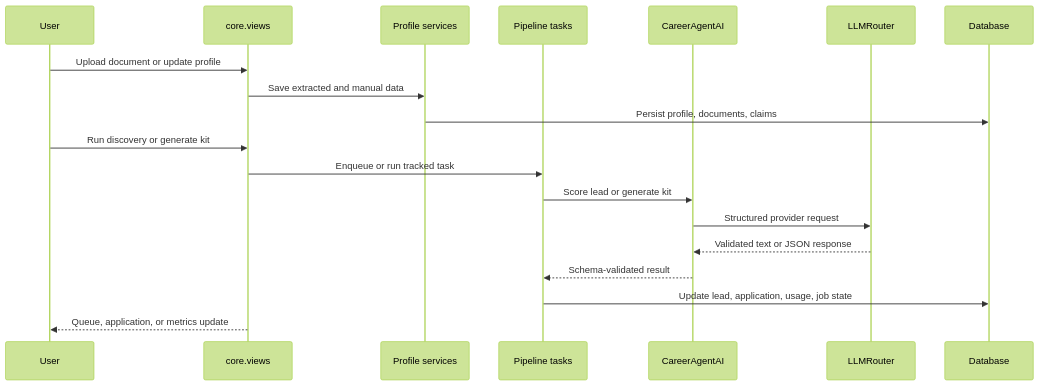
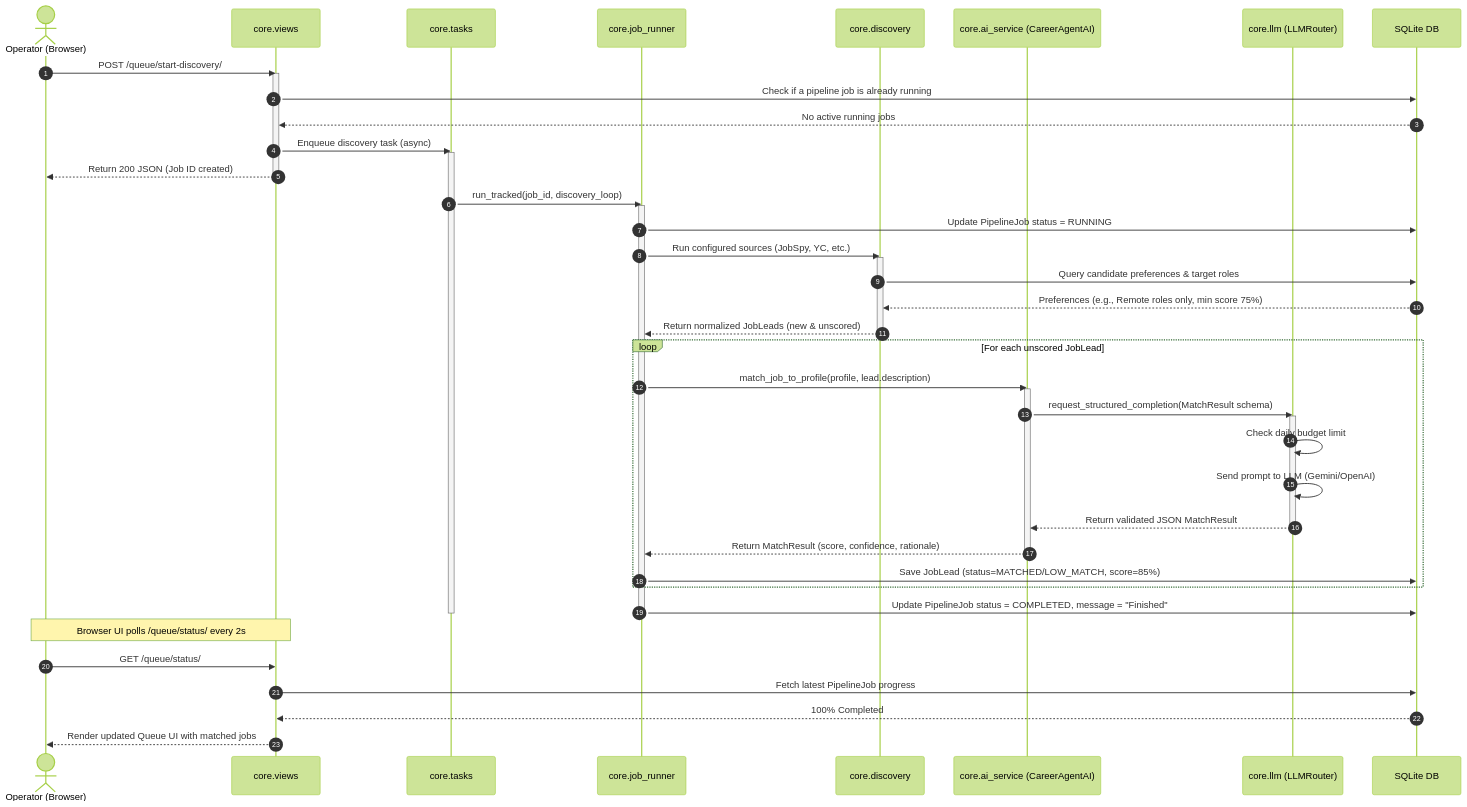
One commit to ArPaN-DS/JobScout-AI changed the second of 2 diagrams in docs/ARCHITECTURE.md. Above: the diagram before and after it, drawn with Mermaid (forest theme). The commit also changed other lines of this file, not shown here.

Commit message:
docs: rewrite system architecture guide with comprehensive diagrams

````diff
--- a/docs/ARCHITECTURE.md
+++ b/docs/ARCHITECTURE.md
@@ -72,22 +189,57 @@
 ```mermaid
 sequenceDiagram
-    participant User
+    autonumber
+    actor User as Operator (Browser)
     participant Views as core.views
-    participant Profile as Profile services
-    participant Tasks as Pipeline tasks
-    participant AI as CareerAgentAI
-    participant LLM as LLMRouter
-    participant DB as Database
+    participant Tasks as core.tasks
+    participant Runner as core.job_runner
+    participant Discovery as core.discovery
+    participant AI as core.ai_service (CareerAgentAI)
+    participant Router as core.llm (LLMRouter)
+    participant DB as SQLite DB
 
-    User->>Views: Upload document or update profile
-    Views->>Profile: Save extracted and manual data
-    Profile->>DB: Persist profile, documents, claims
-    User->>Views: Run discovery or generate kit
-    Views->>Tasks: Enqueue or run tracked task
-    Tasks->>AI: Score lead or generate kit
-    AI->>LLM: Structured provider request
-    LLM-->>AI: Validated text or JSON response
-    AI-->>Tasks: Schema-validated result
-    Tasks->>DB: Update lead, application, usage, job state
-    Views-->>User: Queue, application, or metrics update
+    User->>Views: POST /queue/start-discovery/
+    activate Views
+    Views->>DB: Check if a pipeline job is already running
+    DB-->>Views: No active running jobs
+    Views->>Tasks: Enqueue discovery task (async)
+    activate Tasks
+    Views-->>User: Return 200 JSON (Job ID created)
+    deactivate Views
+
+    Tasks->>Runner: run_tracked(job_id, discovery_loop)
+    activate Runner
+    Runner->>DB: Update PipelineJob status = RUNNING
+    
+    Runner->>Discovery: Run configured sources (JobSpy, YC, etc.)
+    activate Discovery
+    Discovery->>DB: Query candidate preferences & target roles
+    DB-->>Discovery: Preferences (e.g., Remote roles only, min score 75%)
+    Discovery-->>Runner: Return normalized JobLeads (new & unscored)
+    deactivate Discovery
+
+    loop For each unscored JobLead
+        Runner->>AI: match_job_to_profile(profile, lead.description)
+        activate AI
+        AI->>Router: request_structured_completion(MatchResult schema)
+        activate Router
+        Router->>Router: Check daily budget limit
+        Router->>Router: Send prompt to LLM (Gemini/OpenAI)
+        Router-->>AI: Return validated JSON MatchResult
+        deactivate Router
+        AI-->>Runner: Return MatchResult (score, confidence, rationale)
+        deactivate AI
+        
+        Runner->>DB: Save JobLead (status=MATCHED/LOW_MATCH, score=85%)
+    end
+
+    Runner->>DB: Update PipelineJob status = COMPLETED, message = "Finished"
+    deactivate Runner
+    deactivate Tasks
+    
+    Note over User,Views: Browser UI polls /queue/status/ every 2s
+    User->>Views: GET /queue/status/
+    Views->>DB: Fetch latest PipelineJob progress
+    DB-->>Views: 100% Completed
+    Views-->>User: Render updated Queue UI with matched jobs
 ```
````
